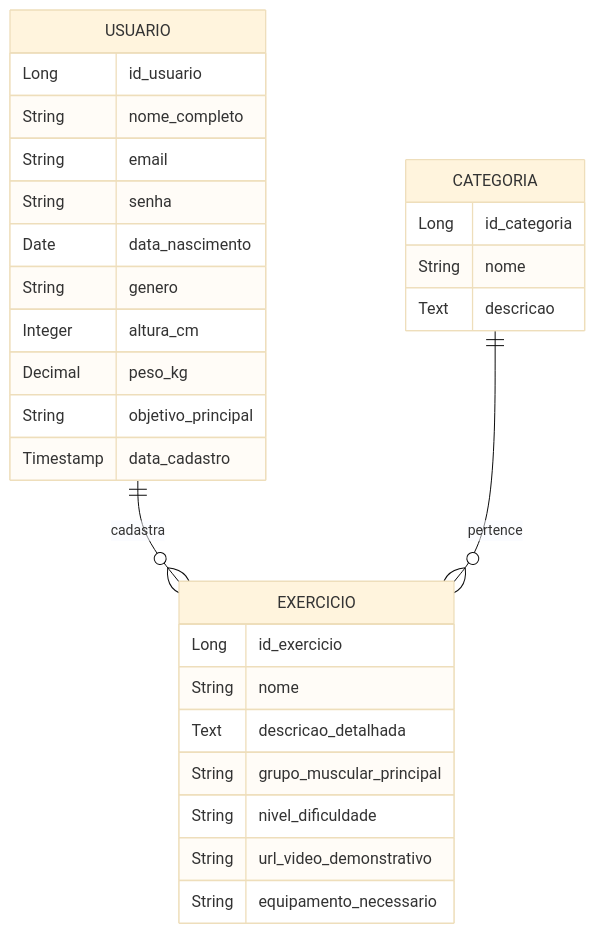
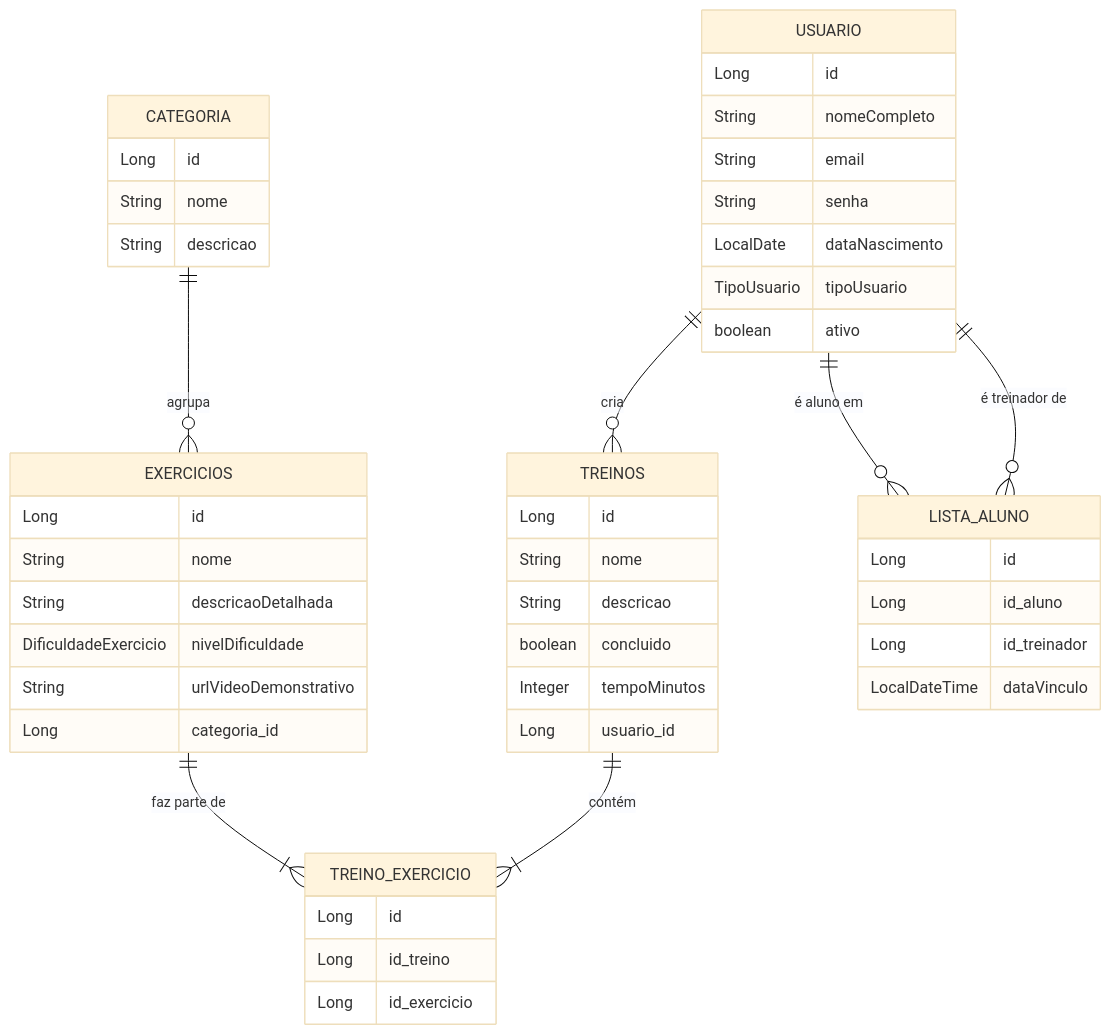
The diagram in README.md (Grupo-02-Turma-Java-82/HealthSync_API), drawn with Mermaid (base theme) before and after one commit. The commit also changed other lines of this file, not shown here.

````diff
--- a/README.md
+++ b/README.md
@@ -41,34 +51,56 @@
 ```mermaid
 erDiagram
-    USUARIO ||--o{ EXERCICIO : cadastra
-    CATEGORIA ||--o{ EXERCICIO : pertence
-
     USUARIO {
-        Long id_usuario
-        String nome_completo
+        Long id
+        String nomeCompleto
         String email
         String senha
-        Date data_nascimento
-        String genero
-        Integer altura_cm
-        Decimal peso_kg
-        String objetivo_principal
-        Timestamp data_cadastro
+        LocalDate dataNascimento
+        TipoUsuario tipoUsuario
+        boolean ativo
     }
 
     CATEGORIA {
-        Long id_categoria
+        Long id
         String nome
-        Text descricao
+        String descricao
     }
 
-    EXERCICIO {
+    EXERCICIOS {
+        Long id
+        String nome
+        String descricaoDetalhada
+        DificuldadeExercicio nivelDificuldade
+        String urlVideoDemonstrativo
+        Long categoria_id
+    }
+
+    TREINOS {
+        Long id
+        String nome
+        String descricao
+        boolean concluido
+        Integer tempoMinutos
+        Long usuario_id
+    }
+
+    LISTA_ALUNO {
+        Long id
+        Long id_aluno
+        Long id_treinador
+        LocalDateTime dataVinculo
+    }
+
+    TREINO_EXERCICIO {
+        Long id
+        Long id_treino
         Long id_exercicio
-        String nome
-        Text descricao_detalhada
-        String grupo_muscular_principal
-        String nivel_dificuldade
-        String url_video_demonstrativo
-        String equipamento_necessario
     }
+
+    USUARIO ||--o{ TREINOS : "cria"
+    USUARIO ||--o{ LISTA_ALUNO : "é aluno em"
+    USUARIO ||--o{ LISTA_ALUNO : "é treinador de"
+    TREINOS ||--|{ TREINO_EXERCICIO : "contém"
+    EXERCICIOS ||--|{ TREINO_EXERCICIO : "faz parte de"
+    CATEGORIA ||--o{ EXERCICIOS : "agrupa"
 ```
````
